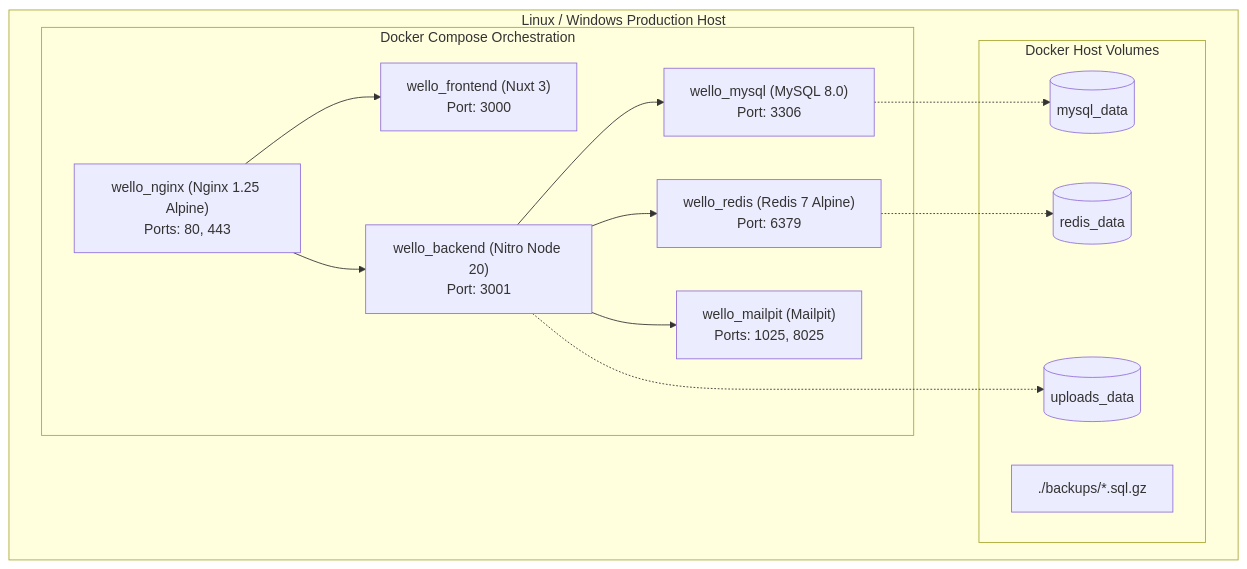
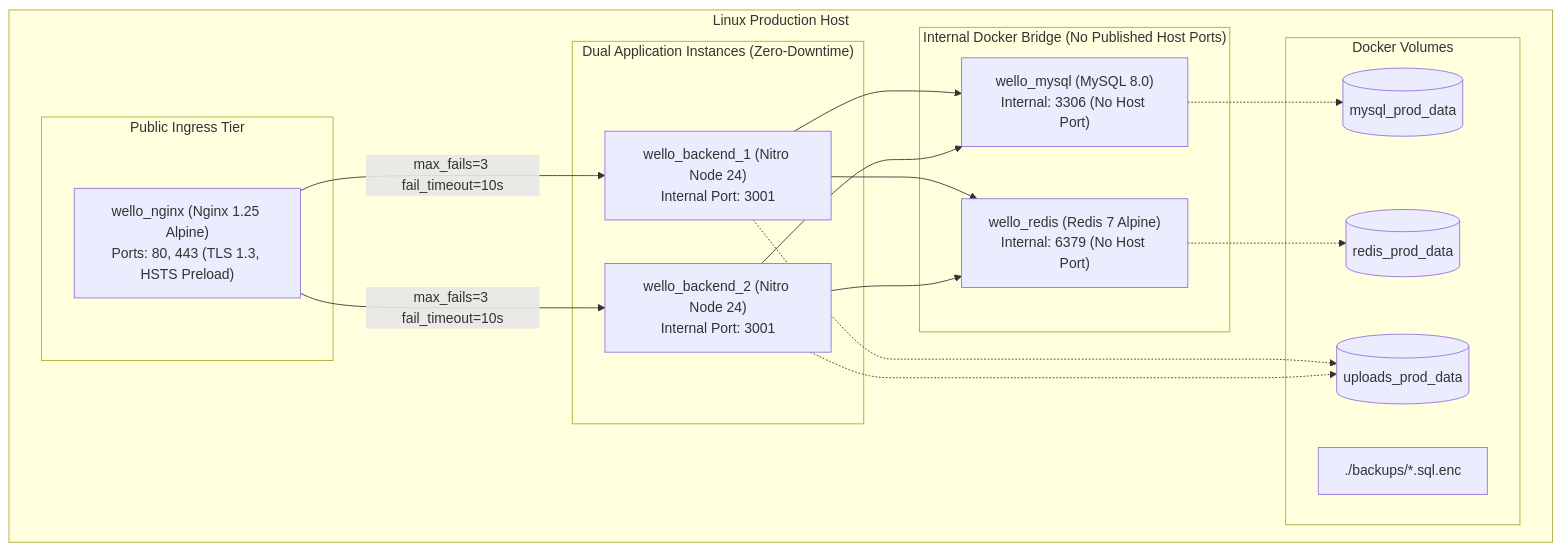
Before and after one commit to rishumohammed/wello: the fifth of 5 diagrams in ARCHITECTURE.md, drawn with Mermaid. The commit also changed other lines of this file and 149 other files, not shown here.

````diff
--- a/ARCHITECTURE.md
+++ b/ARCHITECTURE.md
@@ -230,30 +635,37 @@
 ```mermaid
 graph TD
-    subgraph Host_Server ["Linux / Windows Production Host"]
-        subgraph Docker_Compose ["Docker Compose Orchestration"]
-            NginxContainer["wello_nginx (Nginx 1.25 Alpine)<br/>Ports: 80, 443"]
-            FrontendContainer["wello_frontend (Nuxt 3)<br/>Port: 3000"]
-            BackendContainer["wello_backend (Nitro Node 20)<br/>Port: 3001"]
-            MySQLContainer["wello_mysql (MySQL 8.0)<br/>Port: 3306"]
-            RedisContainer["wello_redis (Redis 7 Alpine)<br/>Port: 6379"]
-            MailpitContainer["wello_mailpit (Mailpit)<br/>Ports: 1025, 8025"]
+    subgraph Host_Server ["Linux Production Host"]
+        subgraph Ingress ["Public Ingress Tier"]
+            NginxContainer["wello_nginx (Nginx 1.25 Alpine)<br/>Ports: 80, 443 (TLS 1.3, HSTS Preload)"]
         end
 
-        subgraph Persistent_Storage ["Docker Host Volumes"]
-            VolMySQL[("mysql_data")]
-            VolRedis[("redis_data")]
-            VolUploads[("uploads_data")]
-            VolBackups["./backups/*.sql.gz"]
+        subgraph Upstream_Backends ["Dual Application Instances (Zero-Downtime)"]
+            Backend1["wello_backend_1 (Nitro Node 24)<br/>Internal Port: 3001"]
+            Backend2["wello_backend_2 (Nitro Node 24)<br/>Internal Port: 3001"]
+        end
+
+        subgraph Internal_Isolated_Network ["Internal Docker Bridge (No Published Host Ports)"]
+            MySQLContainer["wello_mysql (MySQL 8.0)<br/>Internal: 3306 (No Host Port)"]
+            RedisContainer["wello_redis (Redis 7 Alpine)<br/>Internal: 6379 (No Host Port)"]
+        end
+
+        subgraph Persistent_Storage ["Docker Volumes"]
+            VolMySQL[("mysql_prod_data")]
+            VolRedis[("redis_prod_data")]
+            VolUploads[("uploads_prod_data")]
+            VolBackups["./backups/*.sql.enc"]
         end
     end
 
-    NginxContainer --> FrontendContainer
-    NginxContainer --> BackendContainer
-    BackendContainer --> MySQLContainer
-    BackendContainer --> RedisContainer
-    BackendContainer --> MailpitContainer
+    NginxContainer -->|max_fails=3 fail_timeout=10s| Backend1
+    NginxContainer -->|max_fails=3 fail_timeout=10s| Backend2
+    Backend1 --> MySQLContainer
+    Backend1 --> RedisContainer
+    Backend2 --> MySQLContainer
+    Backend2 --> RedisContainer
 
     MySQLContainer -.-> VolMySQL
     RedisContainer -.-> VolRedis
-    BackendContainer -.-> VolUploads
+    Backend1 -.-> VolUploads
+    Backend2 -.-> VolUploads
 ```
````
